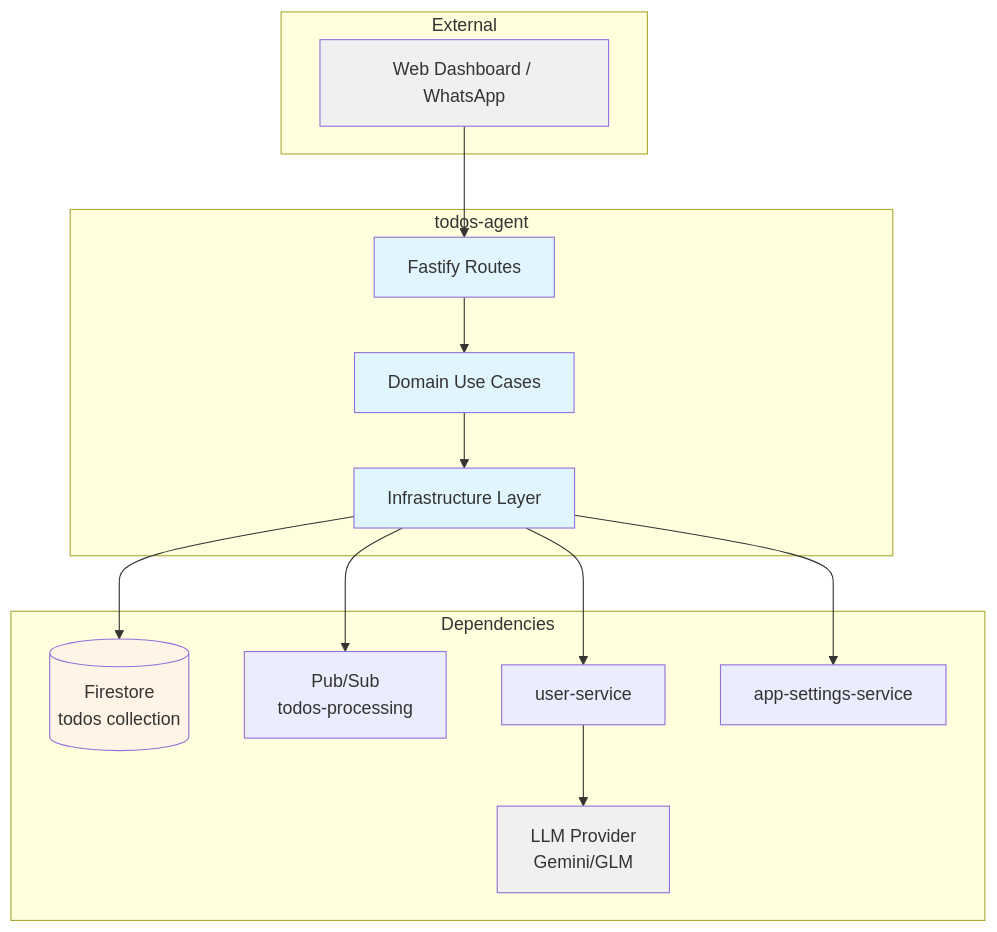
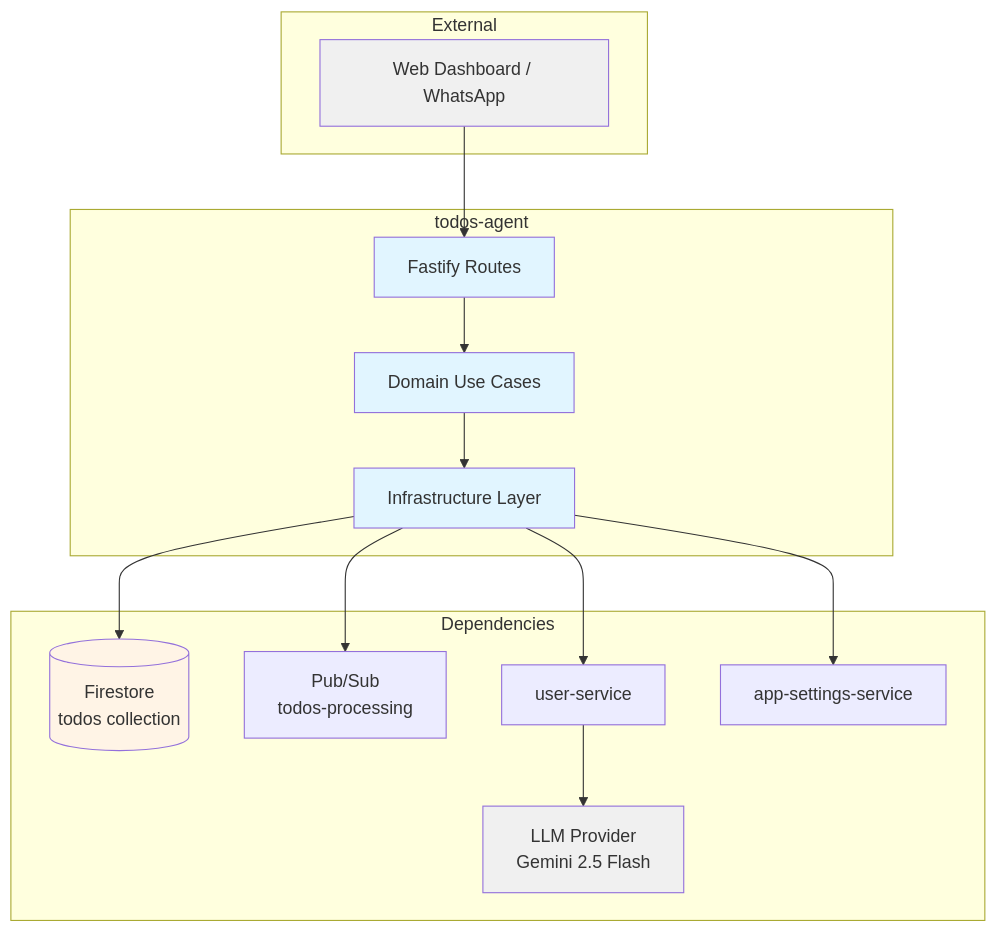
One commit to pbuchman/intexuraos changed the first of 3 diagrams in docs/services/todos-agent/technical.md. Above: the diagram before and after it, drawn with Mermaid. The commit also changed other lines of this file and 153 other files, not shown here.

````diff
--- a/docs/services/todos-agent/technical.md
+++ b/docs/services/todos-agent/technical.md
@@ -9,37 +9,37 @@
 ```mermaid
 graph TB
     subgraph "External"
         Client[Web Dashboard / WhatsApp]
     end
 
     subgraph "todos-agent"
         API[Fastify Routes]
         Domain[Domain Use Cases]
         Infra[Infrastructure Layer]
     end
 
     subgraph "Dependencies"
         Firestore[(Firestore<br/>todos collection)]
         PubSub[Pub/Sub<br/>todos-processing]
         UserService[user-service]
         AppSettings[app-settings-service]
-        LLM[LLM Provider<br/>Gemini/GLM]
+        LLM[LLM Provider<br/>Gemini 2.5 Flash]
     end
 
     Client --> API
     API --> Domain
     Domain --> Infra
     Infra --> Firestore
     Infra --> PubSub
     Infra --> UserService
     Infra --> AppSettings
     UserService --> LLM
 
     classDef service fill:#e1f5ff
     classDef storage fill:#fff4e6
     classDef external fill:#f0f0f0
 
     class API,Domain,Infra service
     class Firestore storage
     class Client,LLM external
 ```
````
